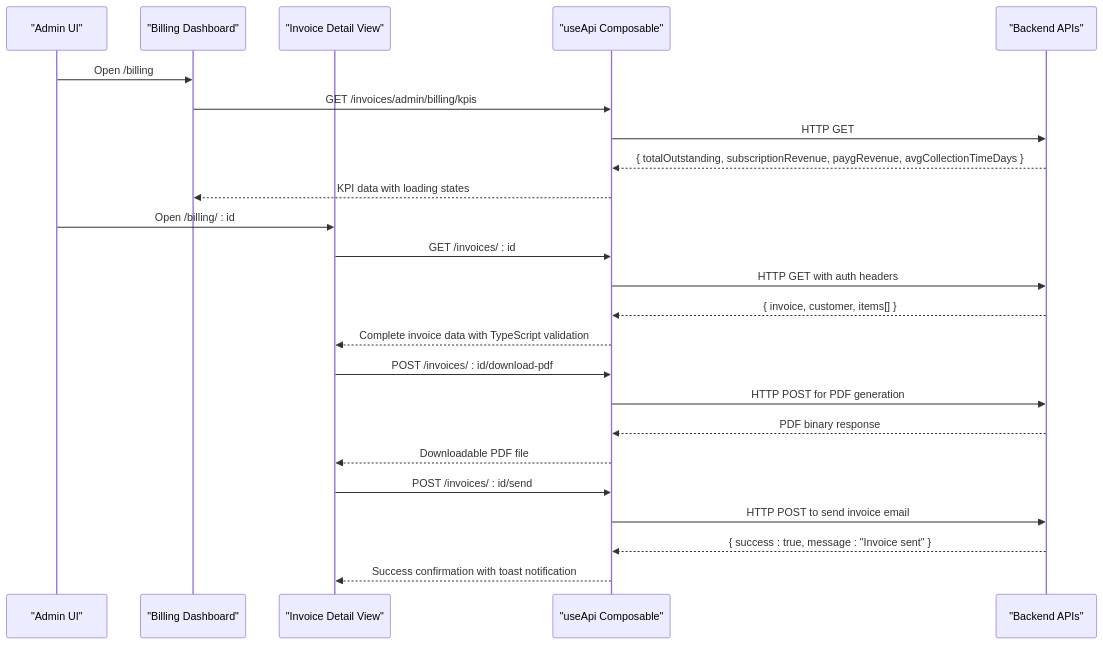
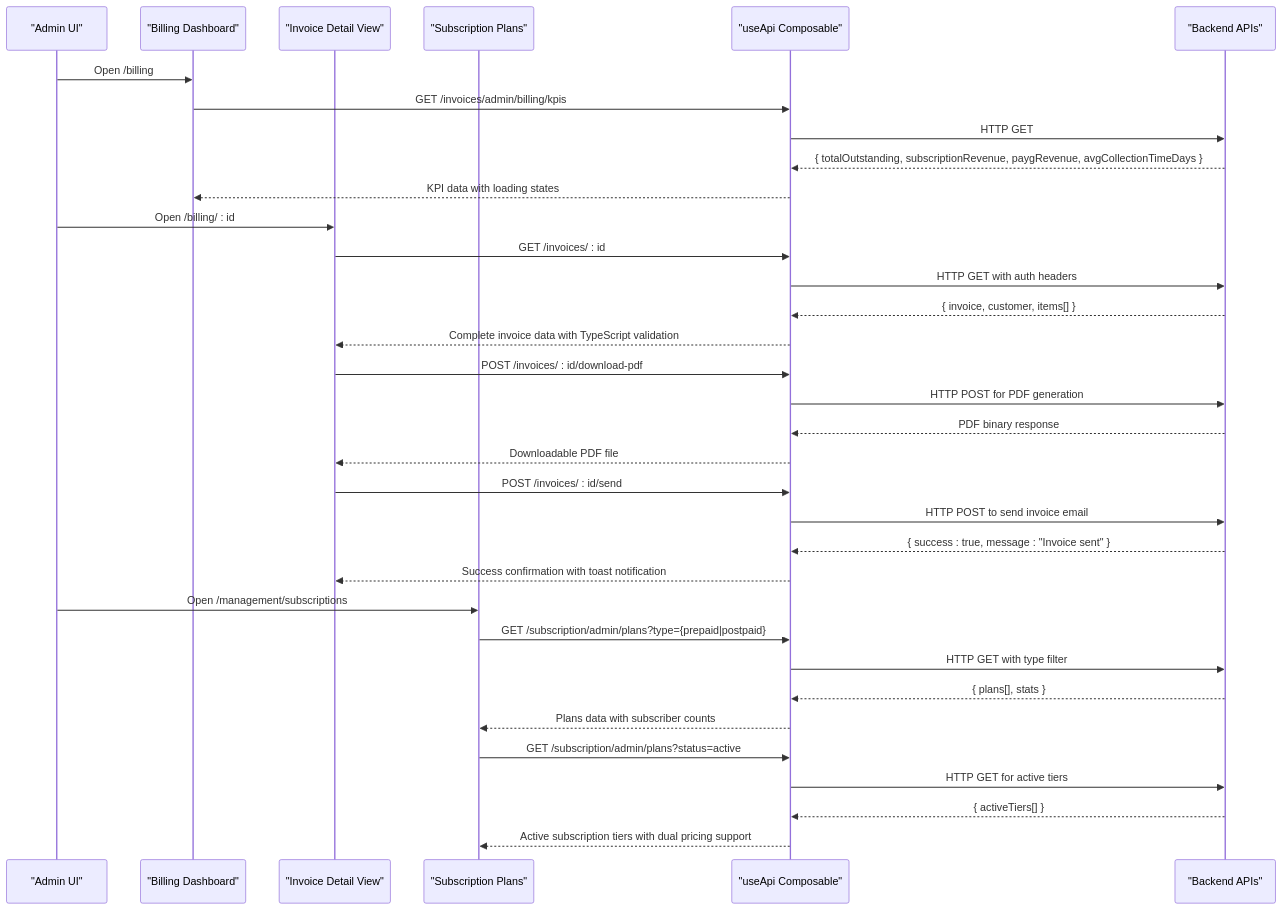
The second of 3 diagrams in .qoder/repowiki/en/content/Business Modules/Billing & Subscriptions/Billing & Subscriptions.md (Lazynerd-Studios/lacarte-atlas-console), drawn with Mermaid before and after one commit. The commit also changed other lines of this file and 22 other files, not shown here.

First line of the commit message:
docs(admin): add guides for customer, pickup, and customer type management

````diff
--- a/.qoder/repowiki/en/content/Business Modules/Billing & Subscriptions/Billing & Subscriptions.md
+++ b/.qoder/repowiki/en/content/Business Modules/Billing & Subscriptions/Billing & Subscriptions.md
@@ -129,26 +131,36 @@
 ```mermaid
 sequenceDiagram
 participant Admin as "Admin UI"
 participant BillingPage as "Billing Dashboard"
 participant InvoiceDetail as "Invoice Detail View"
+participant SubPlans as "Subscription Plans"
 participant API as "useApi Composable"
 participant Backend as "Backend APIs"
 Admin->>BillingPage : Open /billing
 BillingPage->>API : GET /invoices/admin/billing/kpis
 API->>Backend : HTTP GET
 Backend-->>API : { totalOutstanding, subscriptionRevenue, paygRevenue, avgCollectionTimeDays }
 API-->>BillingPage : KPI data with loading states
 Admin->>InvoiceDetail : Open /billing/ : id
 InvoiceDetail->>API : GET /invoices/ : id
 API->>Backend : HTTP GET with auth headers
 Backend-->>API : { invoice, customer, items[] }
 API-->>InvoiceDetail : Complete invoice data with TypeScript validation
 InvoiceDetail->>API : POST /invoices/ : id/download-pdf
 API->>Backend : HTTP POST for PDF generation
 Backend-->>API : PDF binary response
 API-->>InvoiceDetail : Downloadable PDF file
 InvoiceDetail->>API : POST /invoices/ : id/send
 API->>Backend : HTTP POST to send invoice email
 Backend-->>API : { success : true, message : "Invoice sent" }
 API-->>InvoiceDetail : Success confirmation with toast notification
+Admin->>SubPlans : Open /management/subscriptions
+SubPlans->>API : GET /subscription/admin/plans?type={prepaid|postpaid}
+API->>Backend : HTTP GET with type filter
+Backend-->>API : { plans[], stats }
+API-->>SubPlans : Plans data with subscriber counts
+SubPlans->>API : GET /subscription/admin/plans?status=active
+API->>Backend : HTTP GET for active tiers
+Backend-->>API : { activeTiers[] }
+API-->>SubPlans : Active subscription tiers with dual pricing support
 ```
````
